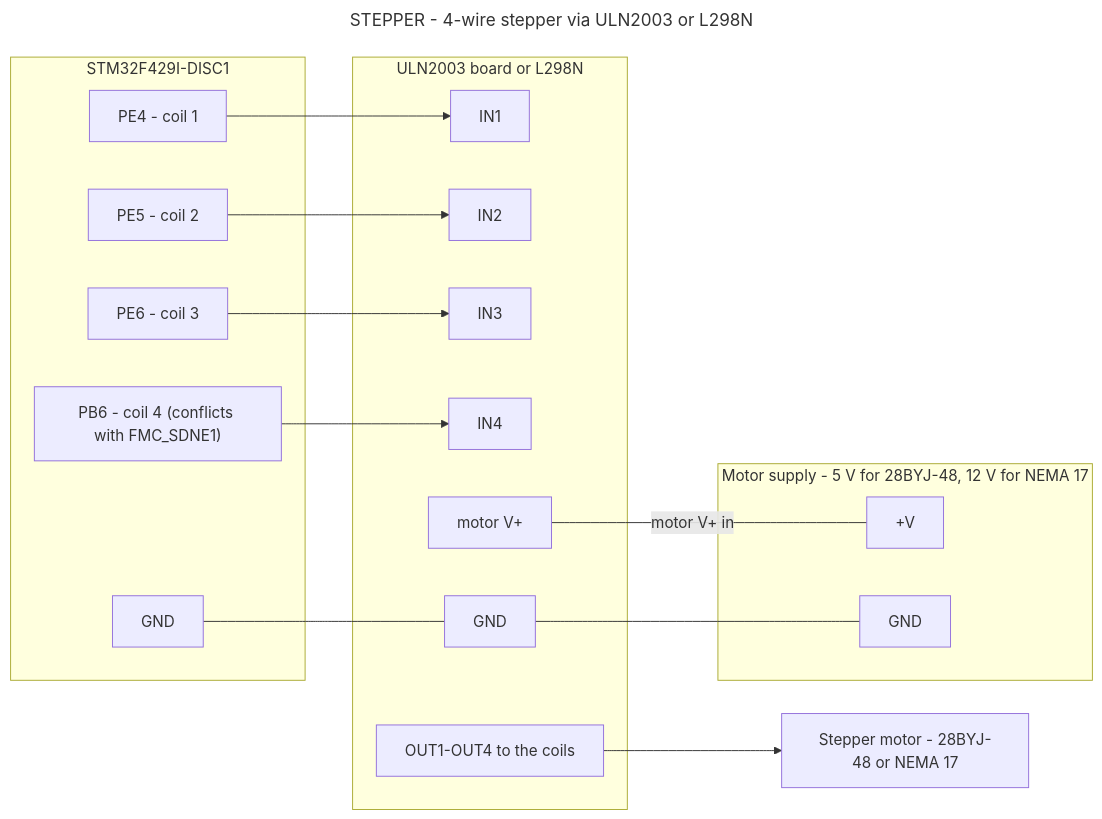
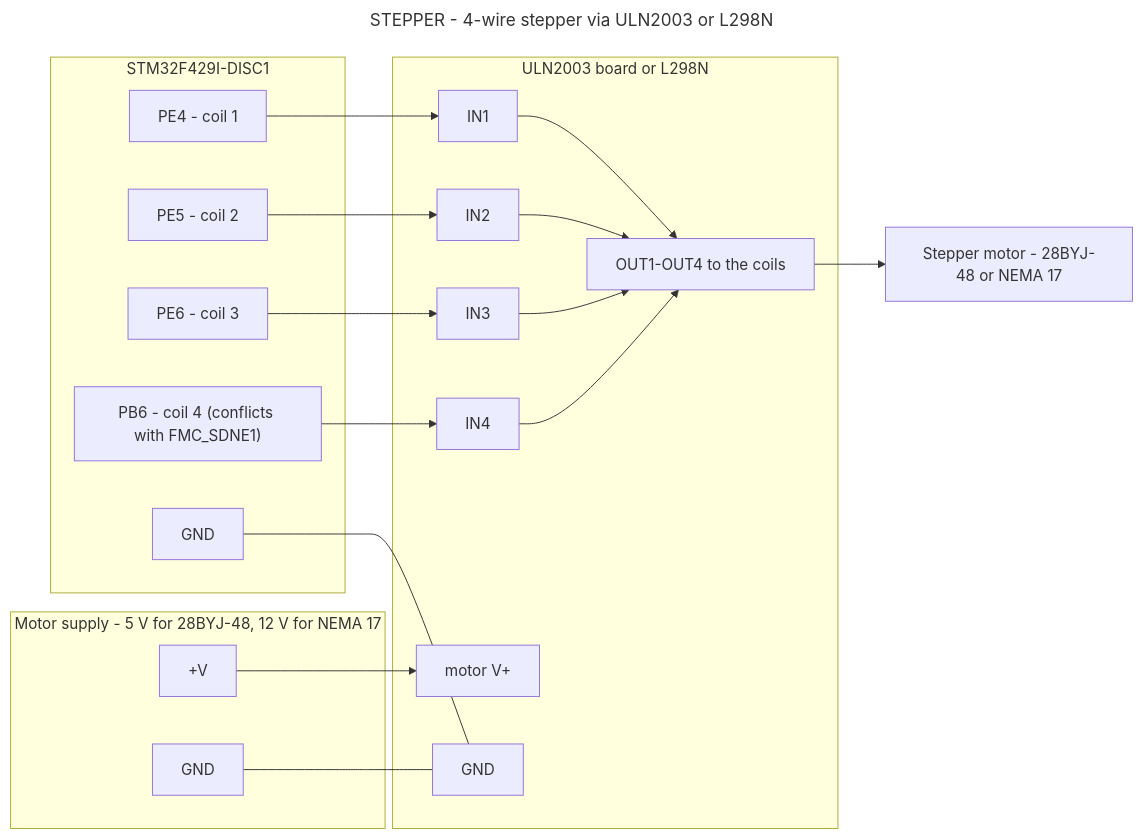
The diagram in Sensor_Cons/Peripherals/STEPPER/stepper_wiring.mmd (Ekpenyong-Esu/BareMetalMCU2), drawn with Mermaid before and after one commit. The commit also changed 13 other files, not shown here.

```diff
--- a/Sensor_Cons/Peripherals/STEPPER/stepper_wiring.mmd
+++ b/Sensor_Cons/Peripherals/STEPPER/stepper_wiring.mmd
@@ -1,46 +1,51 @@
 ---
 title: STEPPER - 4-wire stepper via ULN2003 or L298N
 ---
 %% Default pins from STEPPER_GetDefaultPins in Peripherals/STEPPER/stepper.c:
 %% PE4, PE5, PE6, PB6.
 %% CONFLICT: PB6 is FMC_SDNE1 in project.ioc. Move coil 4 to PB7, PF6 or PD2
 %% if the SDRAM is in use.
 %% The driver only toggles four GPIO in sequence, so the SAME code drives
 %% either board - the difference is the motor, not the software.
 %% ULN2003 suits a 28BYJ-48 (5-wire unipolar); L298N suits a bipolar NEMA 17.
 %% Coil current comes from the motor supply, never from the MCU.
 %% Grounds must be common.
+%% IN1..IN4 link to OUT to show the driver's internal path, not a wire you make.
 flowchart LR
     subgraph PSU["Motor supply - 5 V for 28BYJ-48, 12 V for NEMA 17"]
         VP["+V"]
         VG["GND"]
     end
 
     subgraph MCU["STM32F429I-DISC1"]
         P1["PE4 - coil 1"]
         P2["PE5 - coil 2"]
         P3["PE6 - coil 3"]
         P4["PB6 - coil 4 (conflicts with FMC_SDNE1)"]
         GND["GND"]
     end
 
     subgraph DRV["ULN2003 board or L298N"]
         IN1["IN1"]
         IN2["IN2"]
         IN3["IN3"]
         IN4["IN4"]
         VIN["motor V+"]
         DG["GND"]
         OUT["OUT1-OUT4 to the coils"]
     end
 
     MOT["Stepper motor - 28BYJ-48 or NEMA 17"]
 
     P1 --> IN1
     P2 --> IN2
     P3 --> IN3
     P4 --> IN4
-    VIN ---|"motor V+ in"| VP
-    DG --- VG
+    VP --> VIN
+    VG --- DG
     GND --- DG
+    IN1 --> OUT
+    IN2 --> OUT
+    IN3 --> OUT
+    IN4 --> OUT
     OUT --> MOT
```
